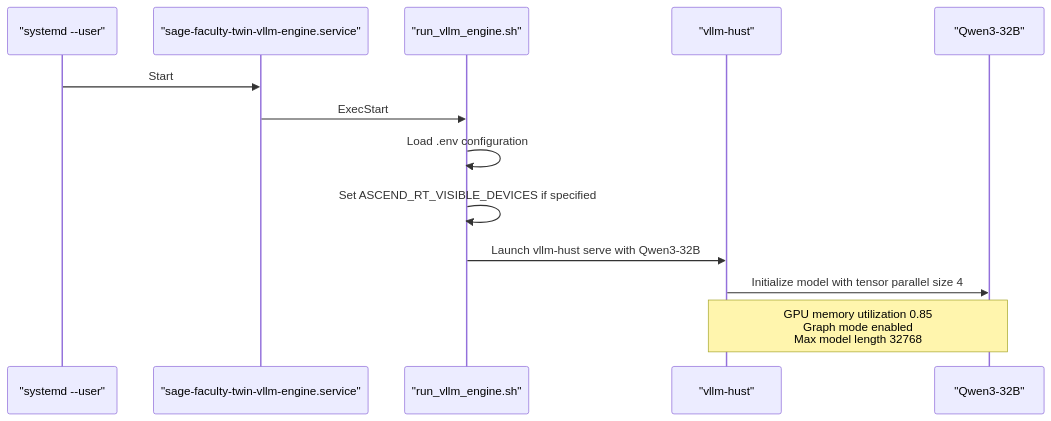
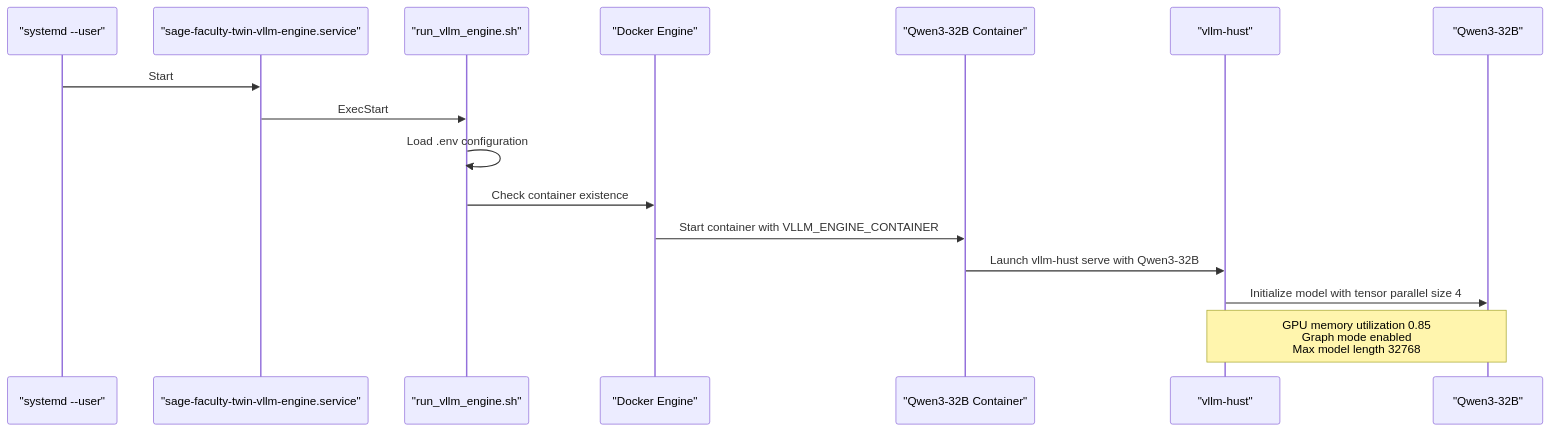
One commit to intellistream/sage-mate changed the sixth of 9 diagrams in .qoder/repowiki/en/content/Deployment and Operations/Deployment and Operations.md. Above: the diagram before and after it, drawn with Mermaid. The commit also changed other lines of this file and 136 other files, not shown here.

First line of the commit message:
chore: source updates, bidirectional link graph, data and repowiki refresh

````diff
--- a/.qoder/repowiki/en/content/Deployment and Operations/Deployment and Operations.md
+++ b/.qoder/repowiki/en/content/Deployment and Operations/Deployment and Operations.md
@@ -329,15 +360,18 @@
 ```mermaid
 sequenceDiagram
 participant U as "systemd --user"
 participant SVC as "sage-faculty-twin-vllm-engine.service"
 participant SH as "run_vllm_engine.sh"
+participant DOCKER as "Docker Engine"
+participant CONTAINER as "Qwen3-32B Container"
 participant VLLM as "vllm-hust"
 participant MODEL as "Qwen3-32B"
 U->>SVC : Start
 SVC->>SH : ExecStart
 SH->>SH : Load .env configuration
-SH->>SH : Set ASCEND_RT_VISIBLE_DEVICES if specified
-SH->>VLLM : Launch vllm-hust serve with Qwen3-32B
+SH->>DOCKER : Check container existence
+DOCKER->>CONTAINER : Start container with VLLM_ENGINE_CONTAINER
+CONTAINER->>VLLM : Launch vllm-hust serve with Qwen3-32B
 VLLM->>MODEL : Initialize model with tensor parallel size 4
 Note over VLLM,MODEL : GPU memory utilization 0.85<br/>Graph mode enabled<br/>Max model length 32768
 ```
````
